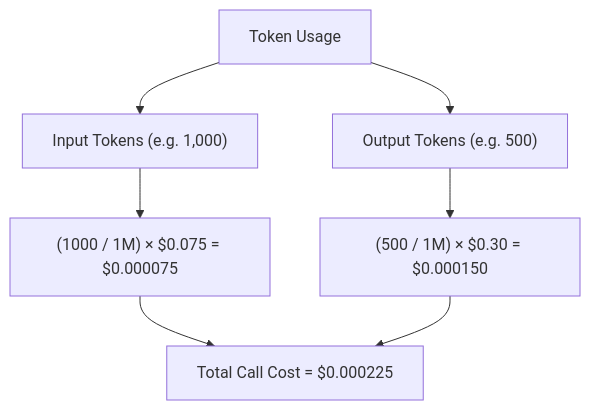
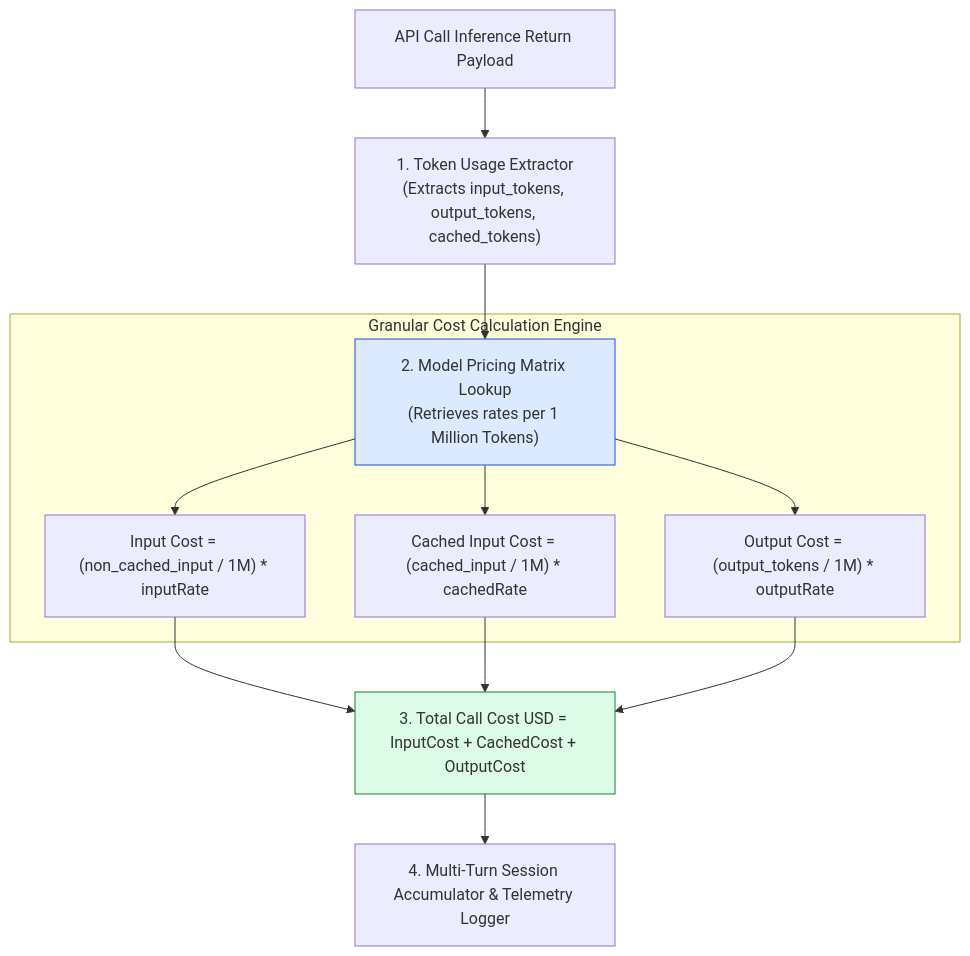
The first of 3 diagrams in agentic-ai-notes/01-chai-summarizer/08-cost-tracker.md (Amie-dev/engineering-playbook), drawn with Mermaid before and after one commit. The commit also changed other lines of this file and 9 other files, not shown here.

First line of the commit message:
Refactor and enhance documentation for multi-chain orchestration, token counting, cost tracking, and API server architecture

````diff
--- a/agentic-ai-notes/01-chai-summarizer/08-cost-tracker.md
+++ b/agentic-ai-notes/01-chai-summarizer/08-cost-tracker.md
@@ -10,11 +13,21 @@
 ```mermaid
-graph TD
-    Usage[Token Usage] --> InTokens["Input Tokens (e.g. 1,000)"]
-    Usage --> OutTokens["Output Tokens (e.g. 500)"]
+flowchart TD
+    APIUsage[API Call Inference Return Payload] --> Extractor["1. Token Usage Extractor<br/>(Extracts input_tokens, output_tokens, cached_tokens)"]
 
-    InTokens --> InCost["(1000 / 1M) × $0.075 = $0.000075"]
-    OutTokens --> OutCost["(500 / 1M) × $0.30 = $0.000150"]
+    Extractor --> RateLookup["2. Model Pricing Matrix Lookup<br/>(Retrieves rates per 1 Million Tokens)"]
 
-    InCost --> Total["Total Call Cost = $0.000225"]
-    OutCost --> Total
+    subgraph Granular Cost Calculation Engine
+        RateLookup --> InCalc["Input Cost = (non_cached_input / 1M) * inputRate"]
+        RateLookup --> CacheCalc["Cached Input Cost = (cached_input / 1M) * cachedRate"]
+        RateLookup --> OutCalc["Output Cost = (output_tokens / 1M) * outputRate"]
+    end
+
+    InCalc --> TotalSum["3. Total Call Cost USD = InputCost + CachedCost + OutputCost"]
+    CacheCalc --> TotalSum
+    OutCalc --> TotalSum
+
+    TotalSum --> Accumulator["4. Multi-Turn Session Accumulator & Telemetry Logger"]
+
+    style RateLookup fill:#dbeafe,stroke:#1d4ed8
+    style TotalSum fill:#dcfce7,stroke:#15803d
 ```
````
